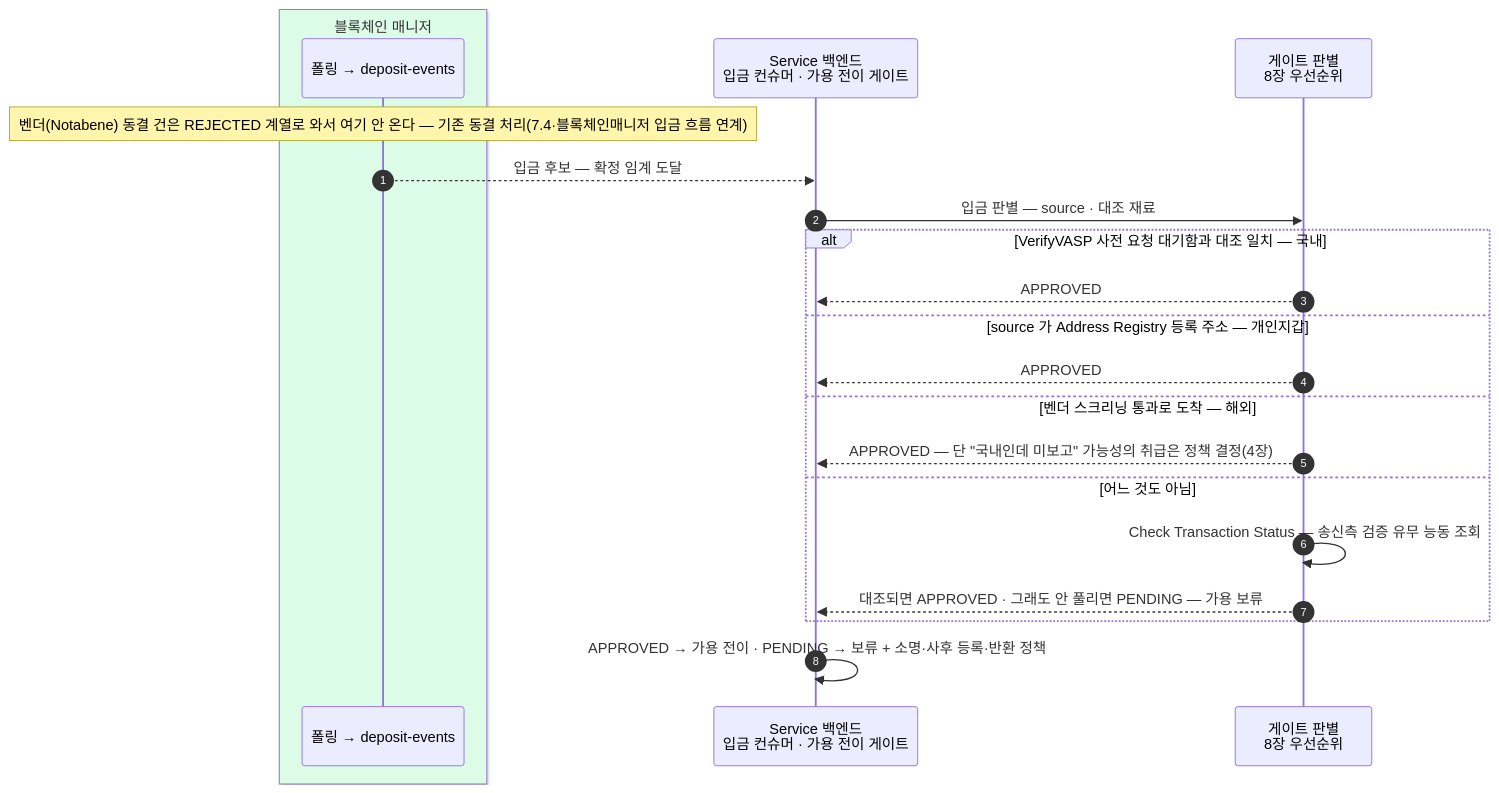
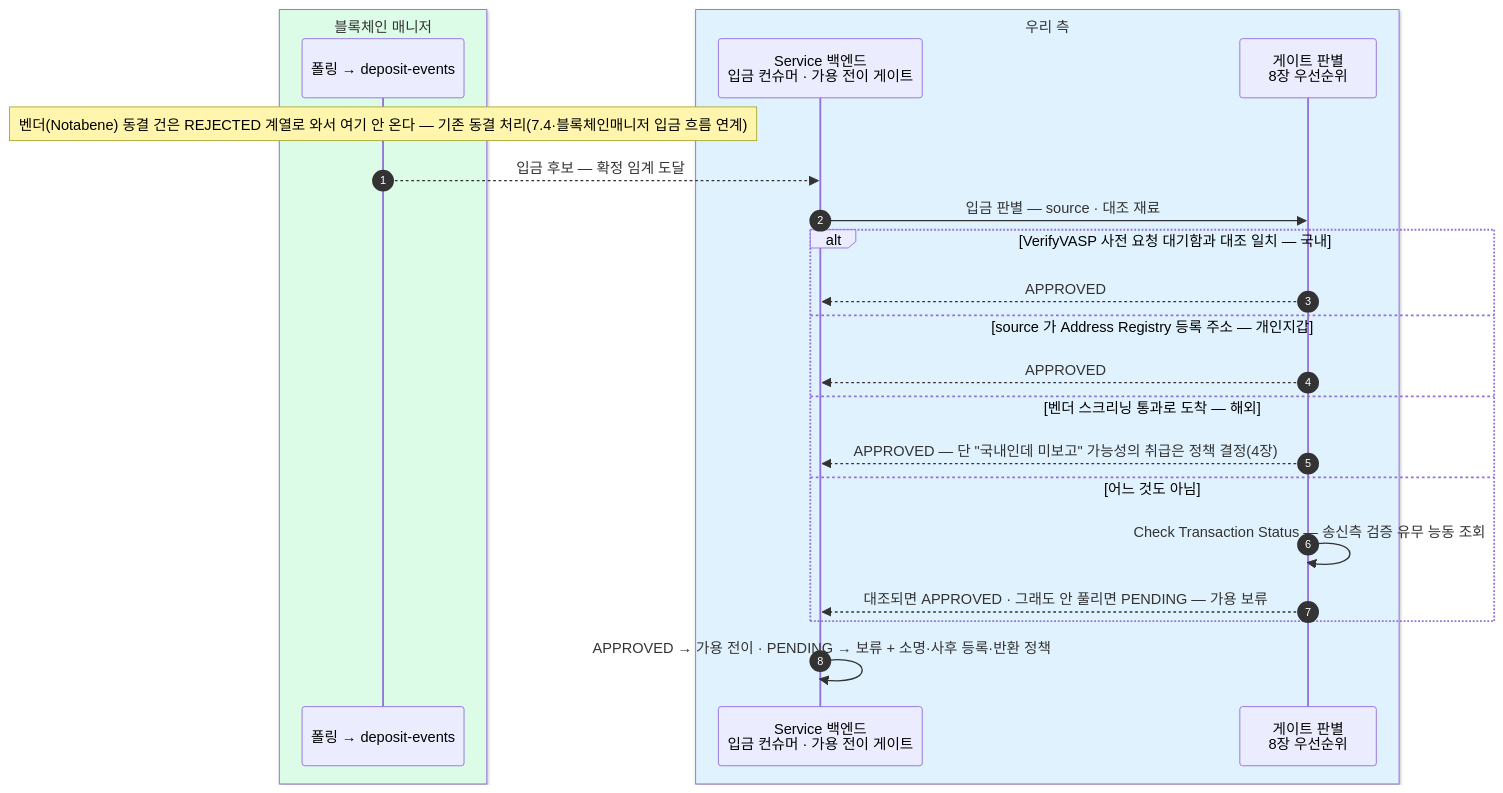
Before and after one commit to eunsujeo/eunpus: the fifth of 11 diagrams in blockchain-manager/docs/트래블룰/설계/07-scenarios.md, drawn with Mermaid. The commit also changed 8 other files, not shown here.

First line of the commit message:
트래블룰 설계 — 국내(VerifyVASP·CODE) 병행 확정 반영 + 13장 국내 연동 준비 + 진입부·용어·mermaid 정리

````diff
--- a/blockchain-manager/docs/트래블룰/설계/07-scenarios.md
+++ b/blockchain-manager/docs/트래블룰/설계/07-scenarios.md
@@ -217,24 +217,26 @@
 ```mermaid
 sequenceDiagram
     autonumber
     box rgb(220,252,231) 블록체인 매니저
     participant BM as 폴링 → deposit-events
     end
+    box rgb(224,242,254) 우리 측
     participant BE as Service 백엔드<br/>입금 컨슈머 · 가용 전이 게이트
     participant GT as 게이트 판별<br/>8장 우선순위
+    end
 
     Note over BM: 벤더(Notabene) 동결 건은 REJECTED 계열로 와서 여기 안 온다 — 기존 동결 처리(7.4·블록체인매니저 입금 흐름 연계)
     BM-->>BE: 입금 후보 — 확정 임계 도달
     BE->>GT: 입금 판별 — source · 대조 재료
     alt VerifyVASP 사전 요청 대기함과 대조 일치 — 국내
         GT-->>BE: APPROVED
     else source 가 Address Registry 등록 주소 — 개인지갑
         GT-->>BE: APPROVED
     else 벤더 스크리닝 통과로 도착 — 해외
         GT-->>BE: APPROVED — 단 "국내인데 미보고" 가능성의 취급은 정책 결정(4장)
     else 어느 것도 아님
         GT->>GT: Check Transaction Status — 송신측 검증 유무 능동 조회
         GT-->>BE: 대조되면 APPROVED · 그래도 안 풀리면 PENDING — 가용 보류
     end
     BE->>BE: APPROVED → 가용 전이 · PENDING → 보류 + 소명·사후 등록·반환 정책
 ```
````
